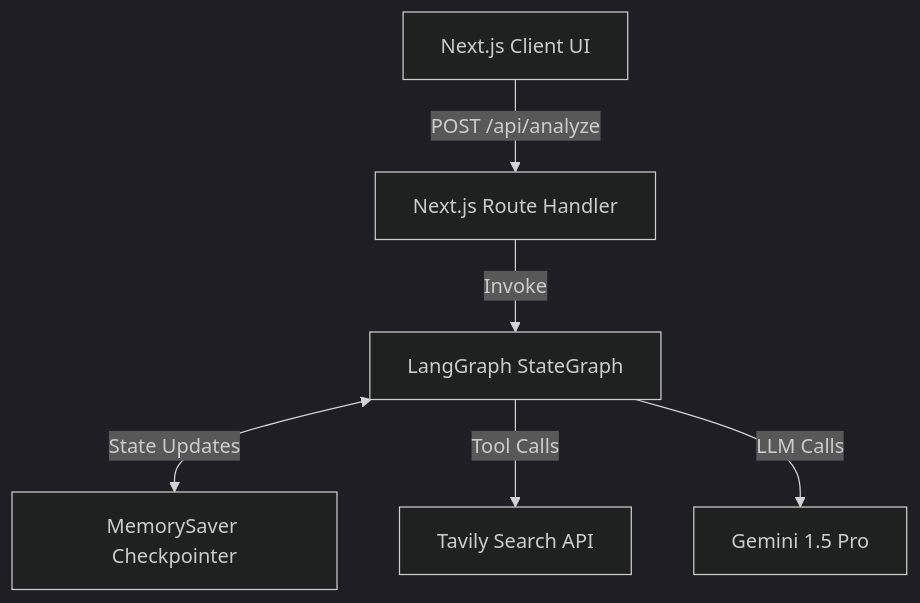
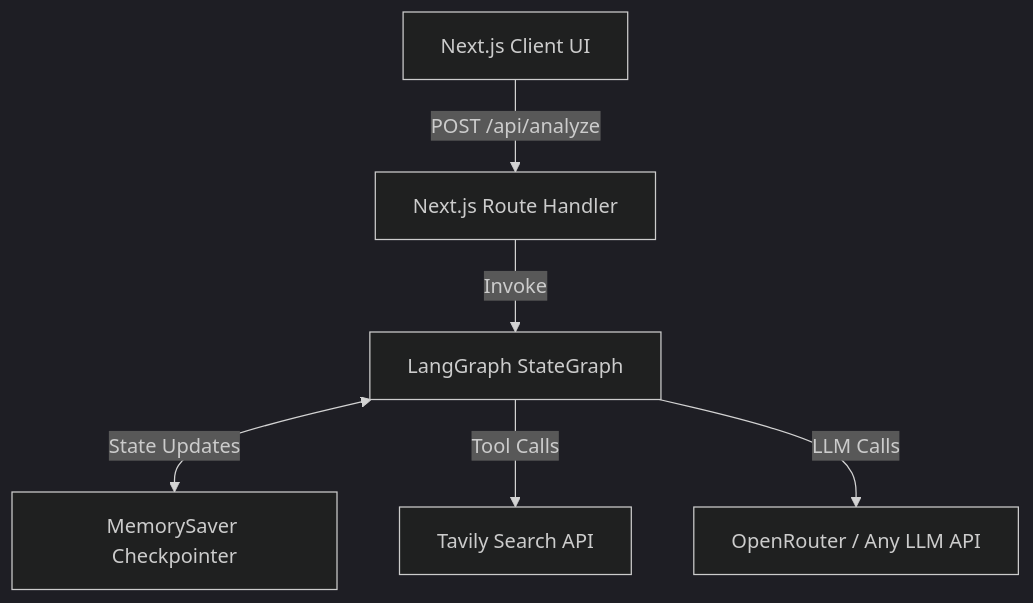
One commit to saiiexd/Inside-IIM changed the first of 2 diagrams in ai-investment-research-agent/README.md. Above: the diagram before and after it, drawn with Mermaid (dark theme). The commit also changed other lines of this file and 14 other files, not shown here.

````diff
--- a/ai-investment-research-agent/README.md
+++ b/ai-investment-research-agent/README.md
@@ -46,8 +40,8 @@
 ```mermaid
 graph TD
     Client[Next.js Client UI] -->|POST /api/analyze| API[Next.js Route Handler]
     API -->|Invoke| Graph[LangGraph StateGraph]
     Graph <-->|State Updates| Memory[MemorySaver Checkpointer]
     Graph -->|Tool Calls| Search[Tavily Search API]
-    Graph -->|LLM Calls| LLM[Gemini 1.5 Pro]
+    Graph -->|LLM Calls| LLM[OpenRouter / Any LLM API]
 ```
````
